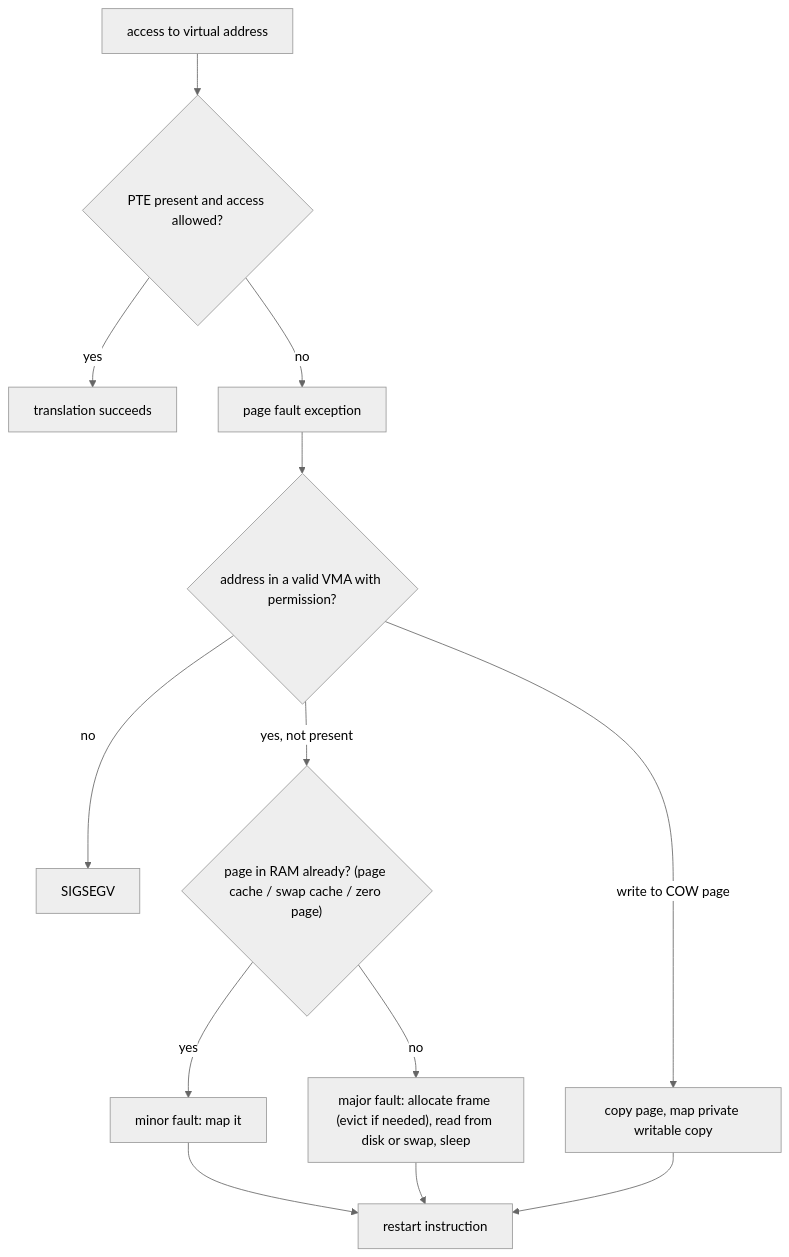
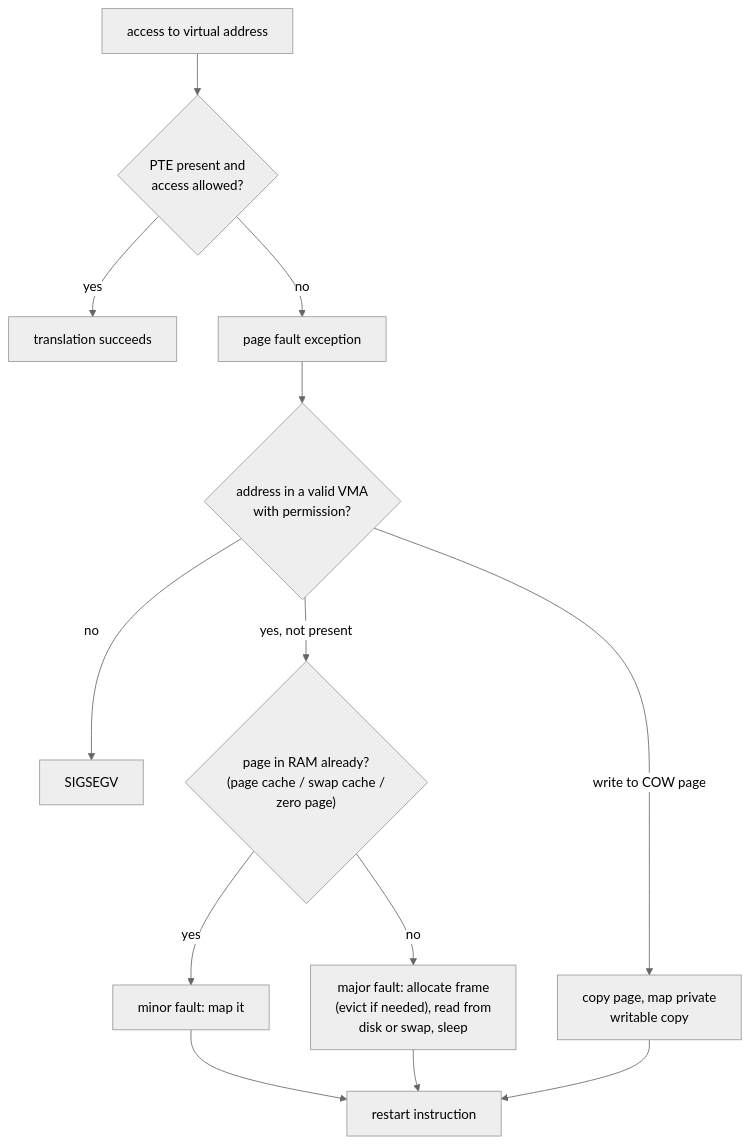
One commit to Siva010/CoreCS changed the diagram in content/lessons/os/os-page-faults.md. Above: the diagram before and after it, drawn with Mermaid (neutral theme). The commit also changed 54 other files, not shown here.

First line of the commit message:
Add diagrams to the database lessons and make them readable

````diff
--- a/content/lessons/os/os-page-faults.md
+++ b/content/lessons/os/os-page-faults.md
@@ -63,15 +63,15 @@
 ```mermaid
 flowchart TD
-    A["access to virtual address"] --> B{"PTE present and access allowed?"}
+    A["access to virtual address"] --> B{"PTE present and<br/>access allowed?"}
     B -->|yes| OK["translation succeeds"]
     B -->|no| F["page fault exception"]
-    F --> V{"address in a valid VMA with permission?"}
+    F --> V{"address in a valid VMA<br/>with permission?"}
     V -->|no| SEGV["SIGSEGV"]
-    V -->|"write to COW page"| COW["copy page, map private writable copy"]
-    V -->|yes, not present| C{"page in RAM already? (page cache / swap cache / zero page)"}
+    V -->|"write to COW page"| COW["copy page, map private<br/>writable copy"]
+    V -->|yes, not present| C{"page in RAM already?<br/>(page cache / swap cache /<br/>zero page)"}
     C -->|yes| MINOR["minor fault: map it"]
-    C -->|no| MAJOR["major fault: allocate frame (evict if needed), read from disk or swap, sleep"]
+    C -->|no| MAJOR["major fault: allocate frame<br/>(evict if needed), read from<br/>disk or swap, sleep"]
     MINOR --> RETRY["restart instruction"]
     MAJOR --> RETRY
     COW --> RETRY
 ```
````
